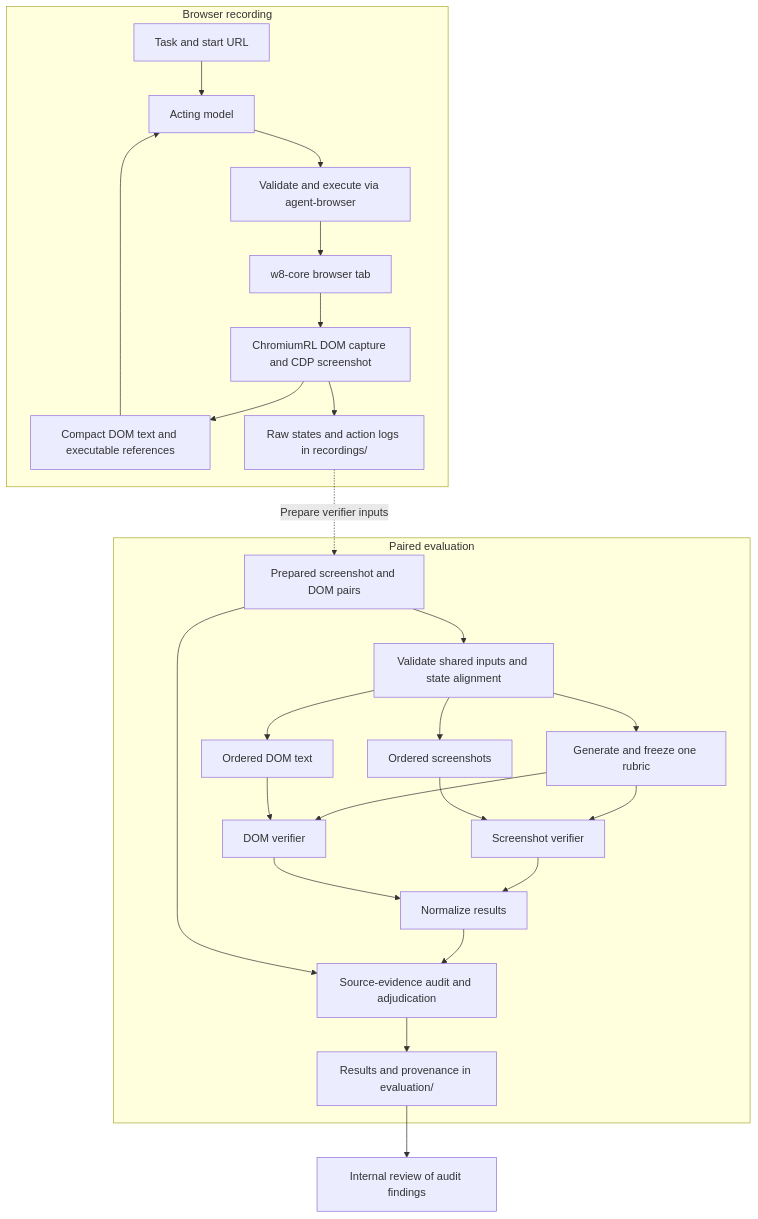
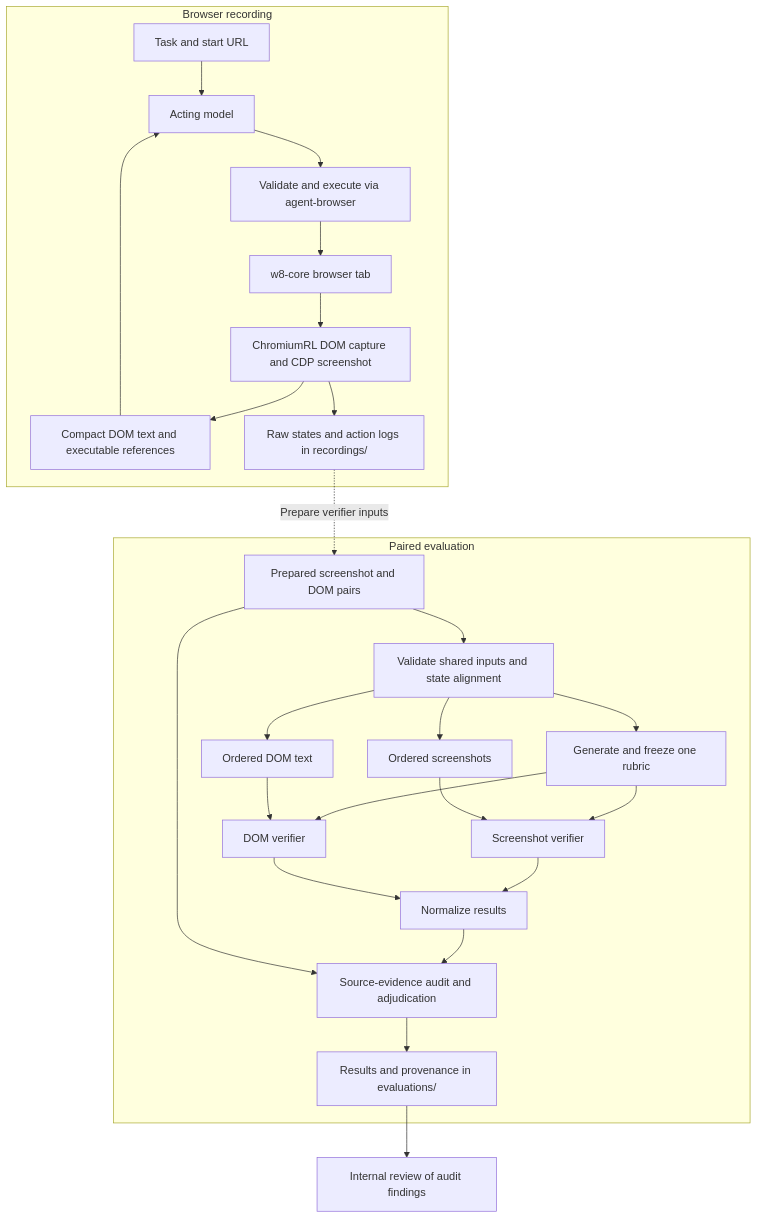
One commit to wootzapp/w8-domdiff-bench changed the diagram in README.md. Above: the diagram before and after it, drawn with Mermaid. The commit also changed other lines of this file and 7 other files, not shown here.

````diff
--- a/README.md
+++ b/README.md
@@ -267,29 +271,29 @@
 ```mermaid
 flowchart TB
     subgraph recording[Browser recording]
         task[Task and start URL] --> actor[Acting model]
         actor --> harness[Validate and execute via agent-browser]
         harness --> browser[w8-core browser tab]
         browser --> capture[ChromiumRL DOM capture and CDP screenshot]
         capture --> observation[Compact DOM text and executable references]
         observation --> actor
         capture --> raw[Raw states and action logs in recordings/]
     end
     raw -. Prepare verifier inputs .-> pairs[Prepared screenshot and DOM pairs]
     subgraph evaluation[Paired evaluation]
         pairs --> check[Validate shared inputs and state alignment]
         check --> rubric[Generate and freeze one rubric]
         rubric --> ssjudge[Screenshot verifier]
         rubric --> domjudge[DOM verifier]
         check --> screenshots[Ordered screenshots]
         check --> dom[Ordered DOM text]
         screenshots --> ssjudge
         dom --> domjudge
         ssjudge --> normalize[Normalize results]
         domjudge --> normalize
         normalize --> audit[Source-evidence audit and adjudication]
         pairs --> audit
-        audit --> output[Results and provenance in evaluation/]
+        audit --> output[Results and provenance in evaluations/]
     end
     output --> review[Internal review of audit findings]
 ```
````
